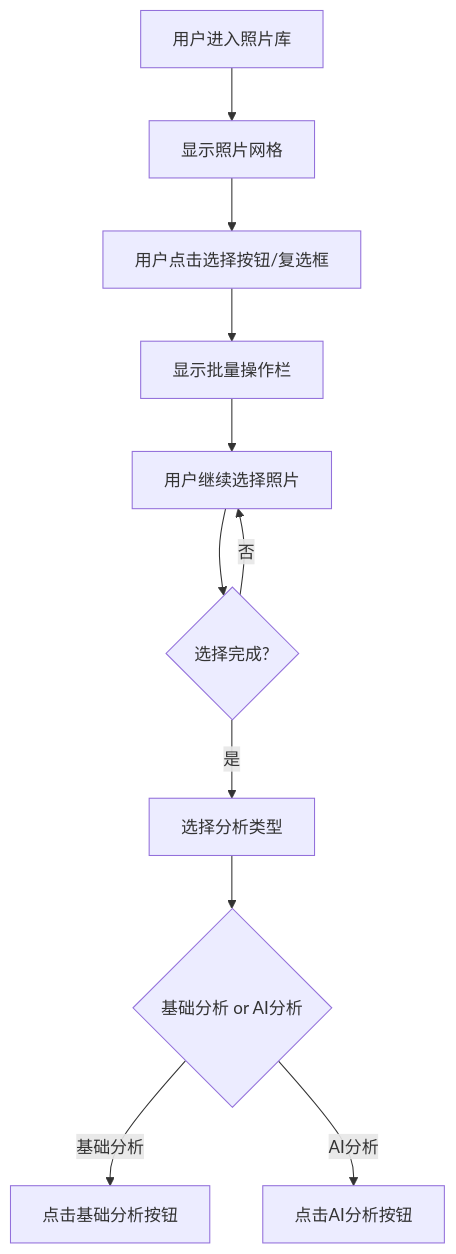
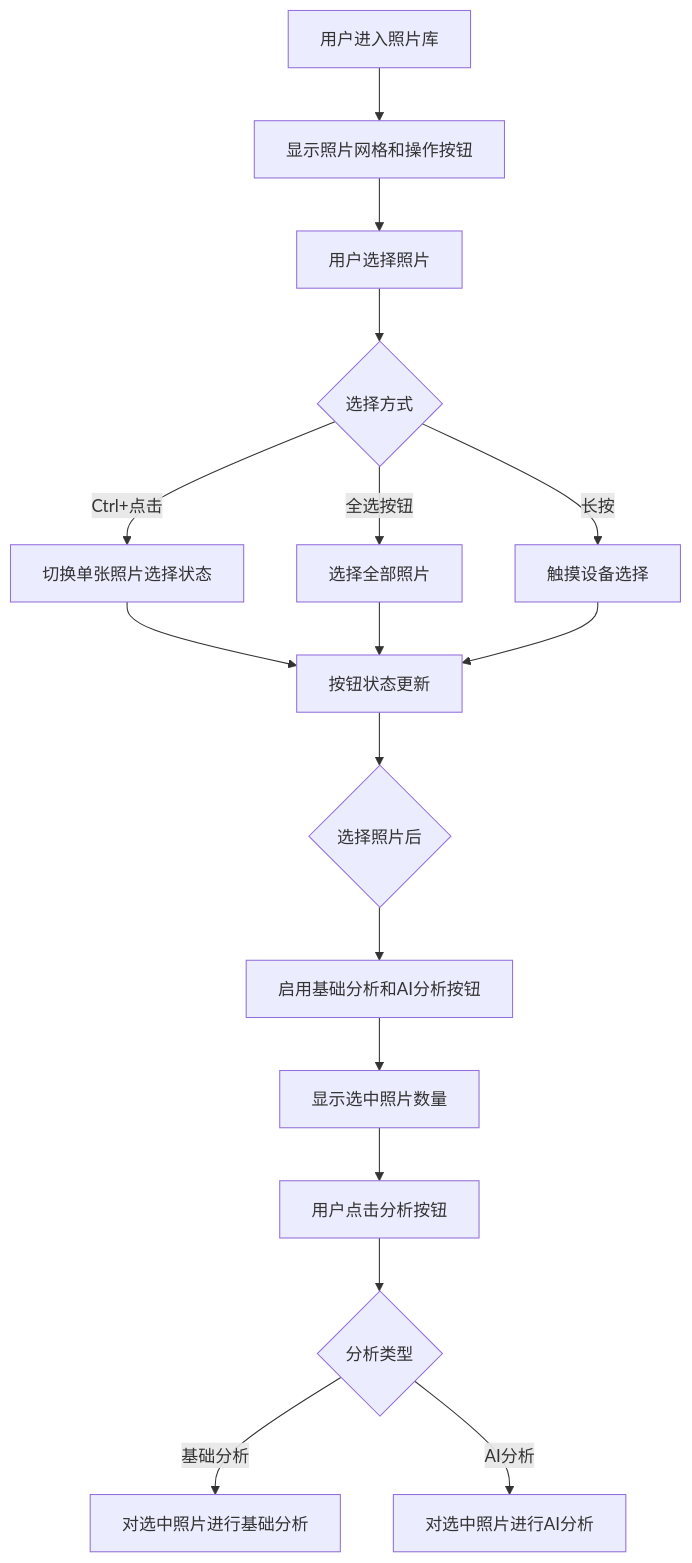
One commit to alvaxu/photo-org changed the first of 2 diagrams in photos_org/doc/选择智能处理功能详细设计文档.md. Above: the diagram before and after it, drawn with Mermaid. The commit also changed other lines of this file and 7 other files, not shown here.

````diff
--- a/photos_org/doc/选择智能处理功能详细设计文档.md
+++ b/photos_org/doc/选择智能处理功能详细设计文档.md
@@ -270,13 +292,19 @@
 ```mermaid
 graph TD
-    A[用户进入照片库] --> B[显示照片网格]
-    B --> C[用户点击选择按钮/复选框]
-    C --> D[显示批量操作栏]
-    D --> E[用户继续选择照片]
-    E --> F{选择完成?}
-    F -->|否| E
-    F -->|是| G[选择分析类型]
-    G --> H{基础分析 or AI分析}
-    H -->|基础分析| I[点击基础分析按钮]
-    H -->|AI分析| J[点击AI分析按钮]
+    A[用户进入照片库] --> B[显示照片网格和操作按钮]
+    B --> C[用户选择照片]
+    C --> D{选择方式}
+    D -->|Ctrl+点击| E[切换单张照片选择状态]
+    D -->|全选按钮| F[选择全部照片]
+    D -->|长按| G[触摸设备选择]
+    E --> H[按钮状态更新]
+    F --> H
+    G --> H
+    H --> I{选择照片后}
+    I --> J[启用基础分析和AI分析按钮]
+    J --> K[显示选中照片数量]
+    K --> L[用户点击分析按钮]
+    L --> M{分析类型}
+    M -->|基础分析| N[对选中照片进行基础分析]
+    M -->|AI分析| O[对选中照片进行AI分析]
 ```
````
